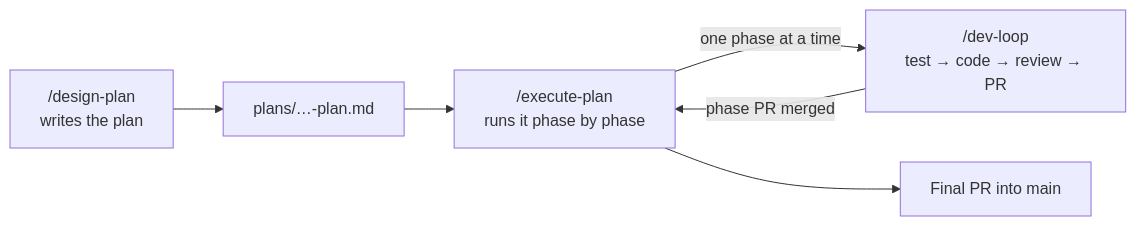
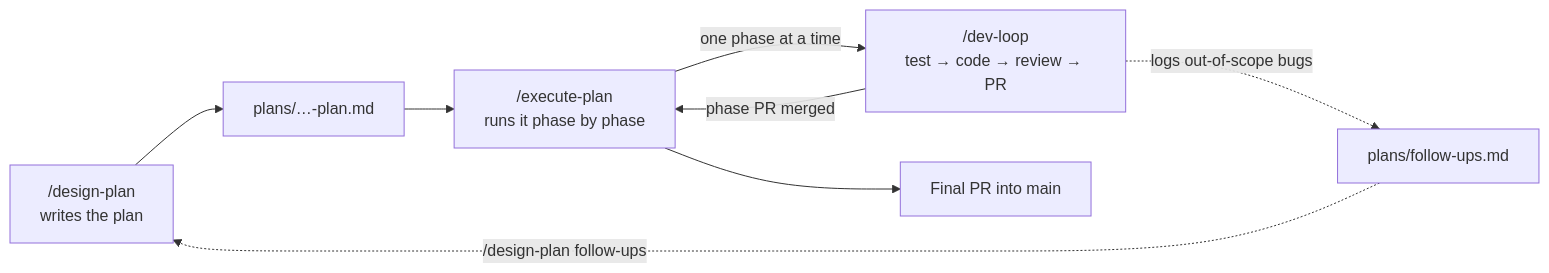
The diagram in README.md (seriva/bootstrap), drawn with Mermaid before and after one commit.

Commit message:
feat: add follow-up logging to the development loop for better bug tracking

````diff
--- a/README.md
+++ b/README.md
@@ -45,8 +45,10 @@
 ```mermaid
 flowchart LR
     DP["/design-plan<br/>writes the plan"] --> Plan["plans/…-plan.md"]
     Plan --> EP["/execute-plan<br/>runs it phase by phase"]
     EP -->|"one phase at a time"| DL["/dev-loop<br/>test → code → review → PR"]
     DL -->|"phase PR merged"| EP
+    DL -.->|"logs out-of-scope bugs"| FU["plans/follow-ups.md"]
+    FU -.->|"/design-plan follow-ups"| DP
     EP --> Final["Final PR into main"]
 ```
````
